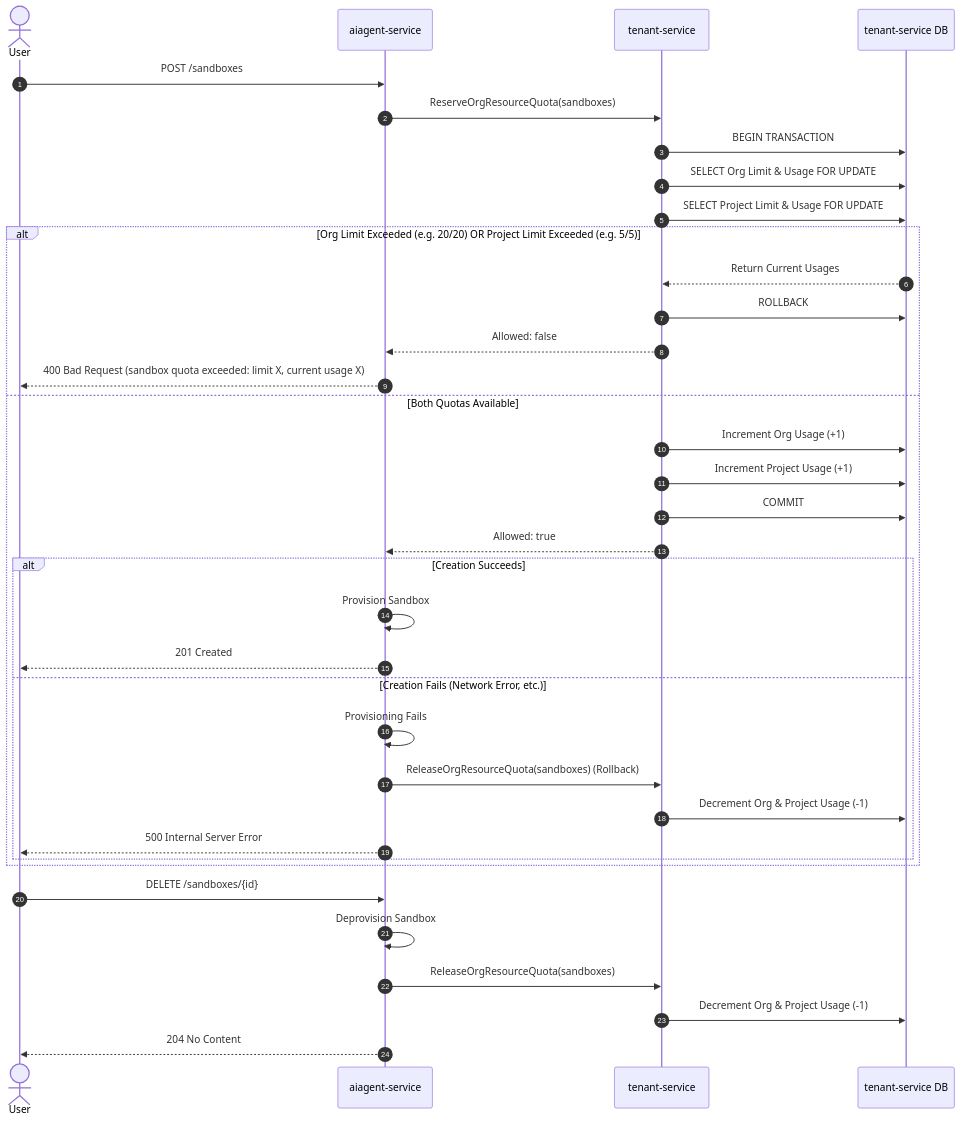
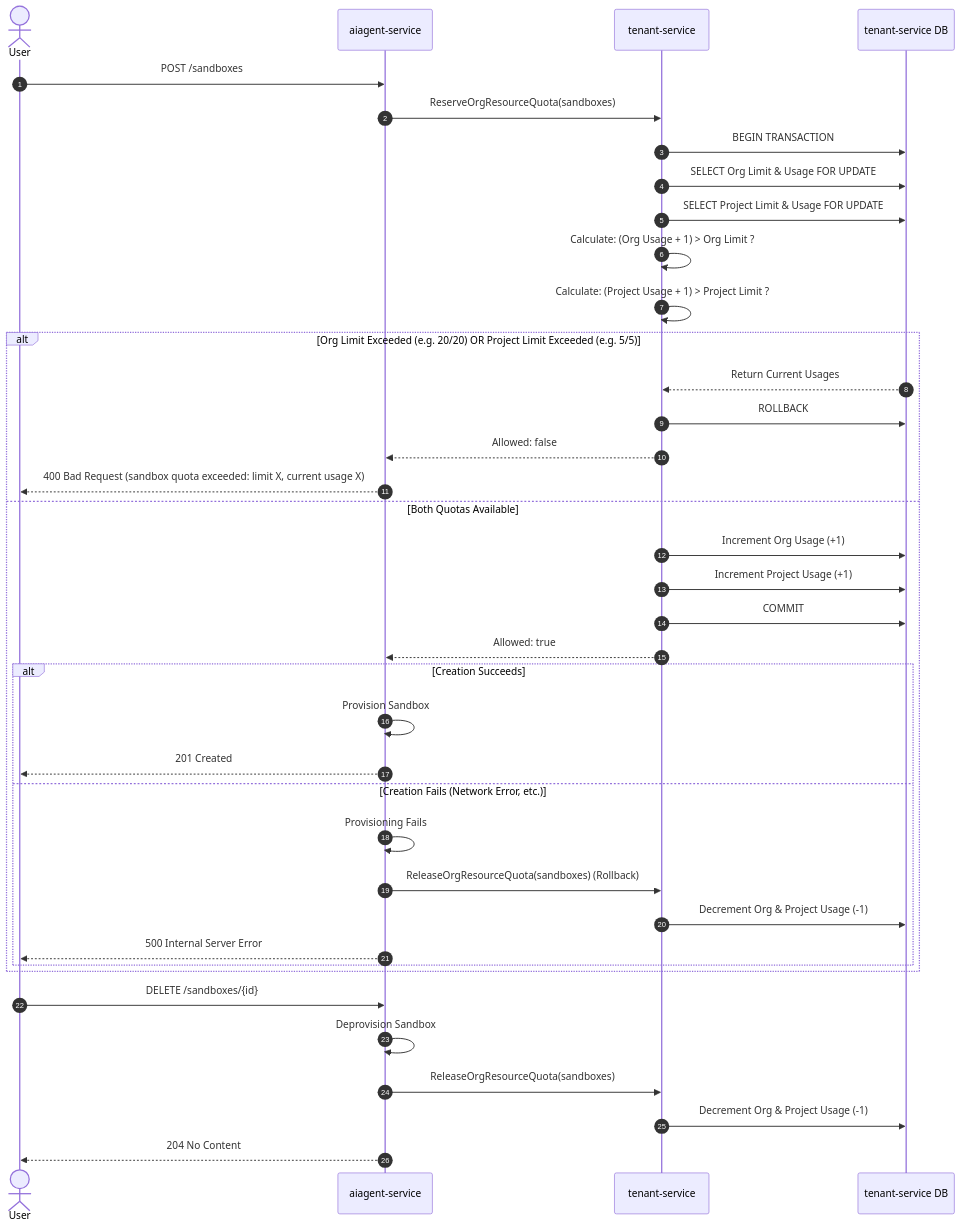
One commit to chandini1727/PowerGuard changed the diagram in README.md. Above: the diagram before and after it, drawn with Mermaid.

````diff
--- a/README.md
+++ b/README.md
@@ -50,46 +50,49 @@
 ```mermaid
 sequenceDiagram
     autonumber
     actor User
     participant AI as aiagent-service
     participant TS as tenant-service
     participant DB as tenant-service DB
 
     %% Create Sandbox Flow
     User->>AI: POST /sandboxes
     AI->>TS: ReserveOrgResourceQuota(sandboxes)
     
     %% Quota Engine Checking Both Limits
     TS->>DB: BEGIN TRANSACTION
     TS->>DB: SELECT Org Limit & Usage FOR UPDATE
     TS->>DB: SELECT Project Limit & Usage FOR UPDATE
+    
+    TS->>TS: Calculate: (Org Usage + 1) > Org Limit ?
+    TS->>TS: Calculate: (Project Usage + 1) > Project Limit ?
     
     alt Org Limit Exceeded (e.g. 20/20) OR Project Limit Exceeded (e.g. 5/5)
         DB-->>TS: Return Current Usages
         TS->>DB: ROLLBACK
         TS-->>AI: Allowed: false
         AI-->>User: 400 Bad Request (sandbox quota exceeded: limit X, current usage X)
     else Both Quotas Available
         TS->>DB: Increment Org Usage (+1)
         TS->>DB: Increment Project Usage (+1)
         TS->>DB: COMMIT
         TS-->>AI: Allowed: true
         
         alt Creation Succeeds
             AI->>AI: Provision Sandbox
             AI-->>User: 201 Created
         else Creation Fails (Network Error, etc.)
             AI->>AI: Provisioning Fails
             AI->>TS: ReleaseOrgResourceQuota(sandboxes) (Rollback)
             TS->>DB: Decrement Org & Project Usage (-1)
             AI-->>User: 500 Internal Server Error
         end
     end
 
     %% Delete Sandbox Flow
     User->>AI: DELETE /sandboxes/{id}
     AI->>AI: Deprovision Sandbox
     AI->>TS: ReleaseOrgResourceQuota(sandboxes)
     TS->>DB: Decrement Org & Project Usage (-1)
     AI-->>User: 204 No Content
 ```
````
